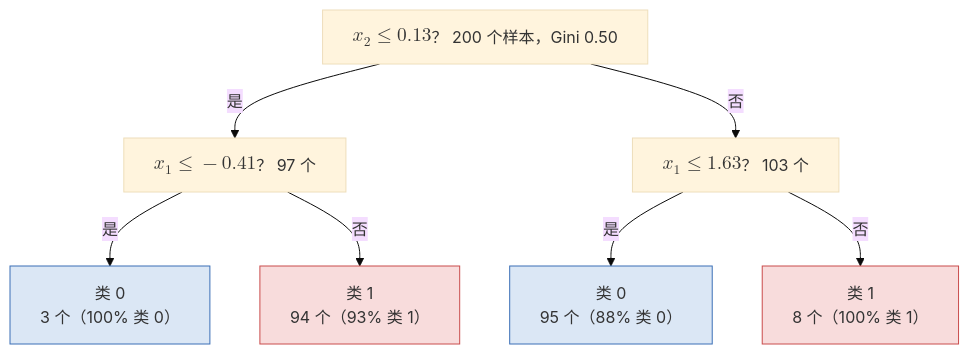
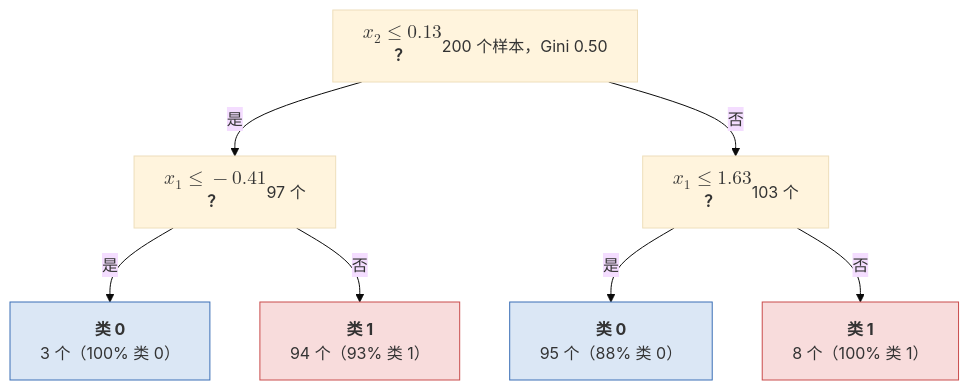
Before and after one commit to arganzheng/arganzheng.github.com: the diagram in _posts/2026-03-03-a-family-of-classifiers-from-naive-bayes-to-gradient-boosting.md, drawn with Mermaid (base theme). The commit also changed 8 other files, not shown here.

First line of the commit message:
LLM 时代的经典机器学习：只讲它在哪里重现：Mermaid 多行方框的首行标为标题（9 篇）

````diff
--- a/_posts/2026-03-03-a-family-of-classifiers-from-naive-bayes-to-gradient-boosting.md
+++ b/_posts/2026-03-03-a-family-of-classifiers-from-naive-bayes-to-gradient-boosting.md
@@ -489,15 +489,15 @@
 ```mermaid
 %% 图：月牙数据上深度 2 的决策树：每个节点一个问题，叶子是类别与样本数
 flowchart TD
-    R["$$x_2 \le 0.13$$？<br/>200 个样本，Gini 0.50"]
-    R -->|是| L["$$x_1 \le -0.41$$？<br/>97 个"]
-    R -->|否| Rt["$$x_1 \le 1.63$$？<br/>103 个"]
-    L -->|是| L1["类 0<br/>3 个（100% 类 0）"]
-    L -->|否| L2["类 1<br/>94 个（93% 类 1）"]
-    Rt -->|是| R1["类 0<br/>95 个（88% 类 0）"]
-    Rt -->|否| R2["类 1<br/>8 个（100% 类 1）"]
+    R["<b>$$x_2 \le 0.13$$？</b><br/>200 个样本，Gini 0.50"]
+    R -->|是| L["<b>$$x_1 \le -0.41$$？</b><br/>97 个"]
+    R -->|否| Rt["<b>$$x_1 \le 1.63$$？</b><br/>103 个"]
+    L -->|是| L1["<b>类 0</b><br/>3 个（100% 类 0）"]
+    L -->|否| L2["<b>类 1</b><br/>94 个（93% 类 1）"]
+    Rt -->|是| R1["<b>类 0</b><br/>95 个（88% 类 0）"]
+    Rt -->|否| R2["<b>类 1</b><br/>8 个（100% 类 1）"]
     classDef c0 fill:#dbe7f5,stroke:#3b6fb6
     classDef c1 fill:#f8dcdc,stroke:#c94c4c
     class L1,R1 c0
     class L2,R2 c1
 ```
````
